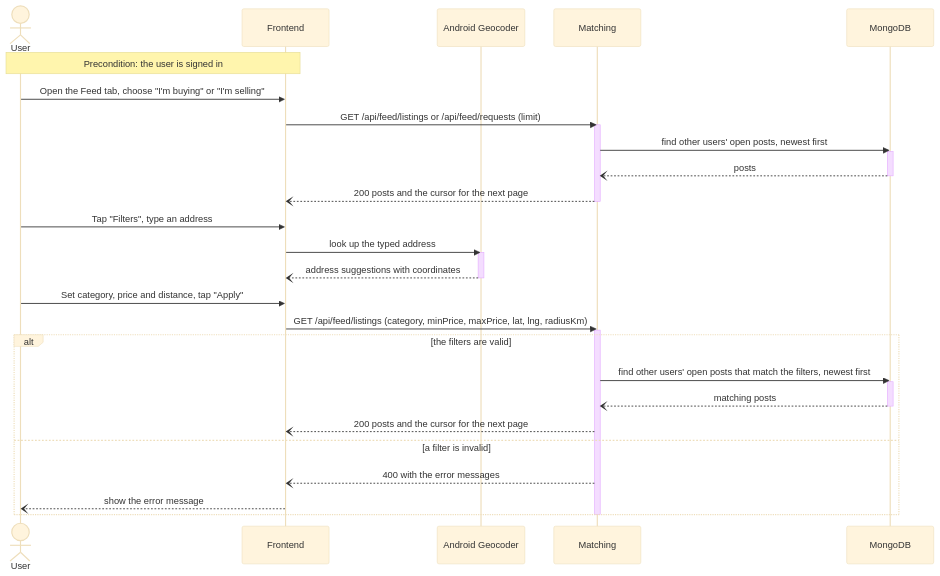
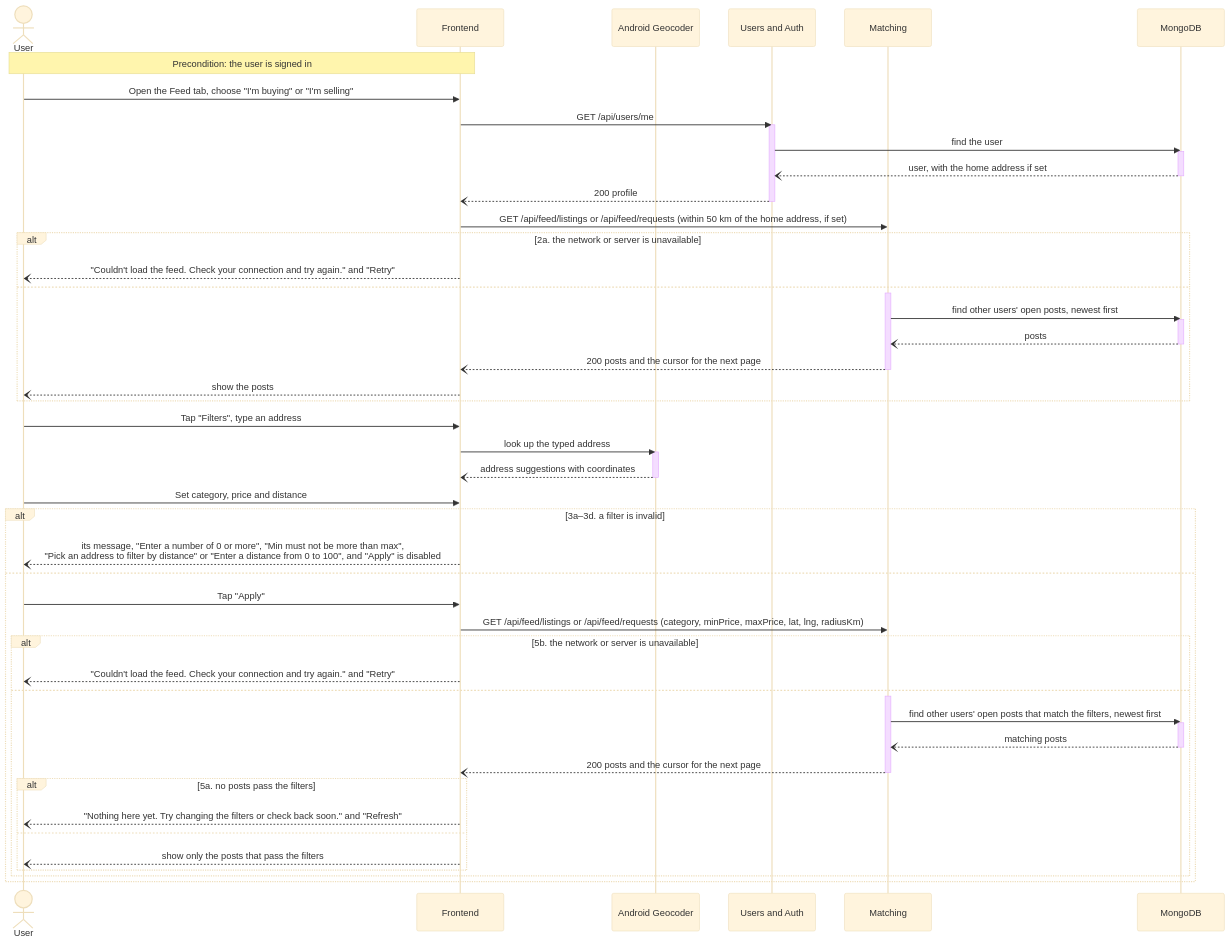
The sixth of 6 diagrams in documentation/Requirements_and_Design.md (UBC-CPEN-V-321/W2026), drawn with Mermaid (base theme) before and after one commit. The commit also changed other lines of this file and 1 other file, not shown here.

First line of the commit message:
docs: record the CP3 peer reviews and show every failure in the sequence diagrams (#214)

````diff
--- a/documentation/Requirements_and_Design.md
+++ b/documentation/Requirements_and_Design.md
@@ -701,37 +756,60 @@
 ```mermaid
 sequenceDiagram
     actor U as User
     participant FE as Frontend
     participant GEO as Android Geocoder
+    participant UA as Users and Auth
     participant M as Matching
     participant DB as MongoDB
     Note over U,FE: Precondition: the user is signed in
     U->>FE: Open the Feed tab, choose "I'm buying" or "I'm selling"
-    FE->>M: GET /api/feed/listings or /api/feed/requests (limit)
-    activate M
-    M->>DB: find other users' open posts, newest first
+    FE->>UA: GET /api/users/me
+    activate UA
+    UA->>DB: find the user
     activate DB
-    DB--)M: posts
+    DB--)UA: user, with the home address if set
     deactivate DB
-    M--)FE: 200 posts and the cursor for the next page
-    deactivate M
+    UA--)FE: 200 profile
+    deactivate UA
+    FE->>M: GET /api/feed/listings or /api/feed/requests (within 50 km of the home address, if set)
+    alt 2a. the network or server is unavailable
+        FE--)U: "Couldn't load the feed. Check your connection and try again." and "Retry"
+    else
+        activate M
+        M->>DB: find other users' open posts, newest first
+        activate DB
+        DB--)M: posts
+        deactivate DB
+        M--)FE: 200 posts and the cursor for the next page
+        deactivate M
+        FE--)U: show the posts
+    end
     U->>FE: Tap "Filters", type an address
     FE->>GEO: look up the typed address
     activate GEO
     GEO--)FE: address suggestions with coordinates
     deactivate GEO
-    U->>FE: Set category, price and distance, tap "Apply"
-    FE->>M: GET /api/feed/listings (category, minPrice, maxPrice, lat, lng, radiusKm)
-    activate M
-    alt the filters are valid
-        M->>DB: find other users' open posts that match the filters, newest first
-        activate DB
-        DB--)M: matching posts
-        deactivate DB
-        M--)FE: 200 posts and the cursor for the next page
-    else a filter is invalid
-        M--)FE: 400 with the error messages
-        FE--)U: show the error message
+    U->>FE: Set category, price and distance
+    alt 3a–3d. a filter is invalid
+        FE--)U: its message, "Enter a number of 0 or more", "Min must not be more than max",<br/>"Pick an address to filter by distance" or "Enter a distance from 0 to 100", and "Apply" is disabled
+    else
+        U->>FE: Tap "Apply"
+        FE->>M: GET /api/feed/listings or /api/feed/requests (category, minPrice, maxPrice, lat, lng, radiusKm)
+        alt 5b. the network or server is unavailable
+            FE--)U: "Couldn't load the feed. Check your connection and try again." and "Retry"
+        else
+            activate M
+            M->>DB: find other users' open posts that match the filters, newest first
+            activate DB
+            DB--)M: matching posts
+            deactivate DB
+            M--)FE: 200 posts and the cursor for the next page
+            deactivate M
+            alt 5a. no posts pass the filters
+                FE--)U: "Nothing here yet. Try changing the filters or check back soon." and "Refresh"
+            else
+                FE--)U: show only the posts that pass the filters
+            end
+        end
     end
-    deactivate M
 ```
````
